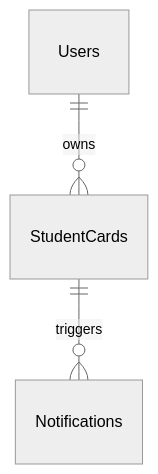
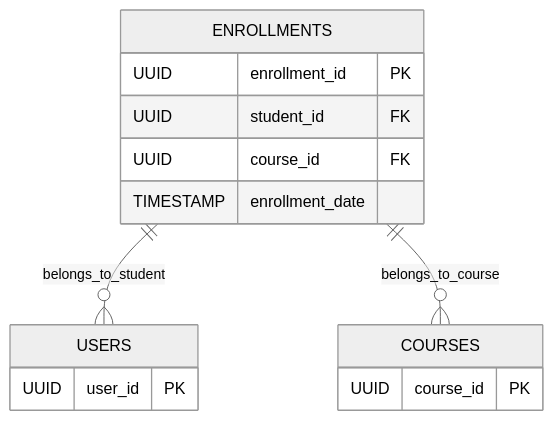
Before and after one commit to hainguyen81/ai-scraper: the fourth of 11 diagrams in sources/output/business-analysis/ba.md, drawn with Mermaid (neutral theme). The commit also changed other lines of this file and 3 other files, not shown here.

````diff
--- a/sources/output/business-analysis/ba.md
+++ b/sources/output/business-analysis/ba.md
@@ -255,5 +385,17 @@
 ```mermaid
 erDiagram
-    Users ||--o{ StudentCards : owns
-    StudentCards ||--o{ Notifications : triggers
+    ENROLLMENTS {
+        UUID enrollment_id PK
+        UUID student_id FK
+        UUID course_id FK
+        TIMESTAMP enrollment_date
+    }
+    USERS {
+        UUID user_id PK
+    }
+    COURSES {
+        UUID course_id PK
+    }
+    ENROLLMENTS ||--o{ USERS : belongs_to_student
+    ENROLLMENTS ||--o{ COURSES : belongs_to_course
 ```
````
